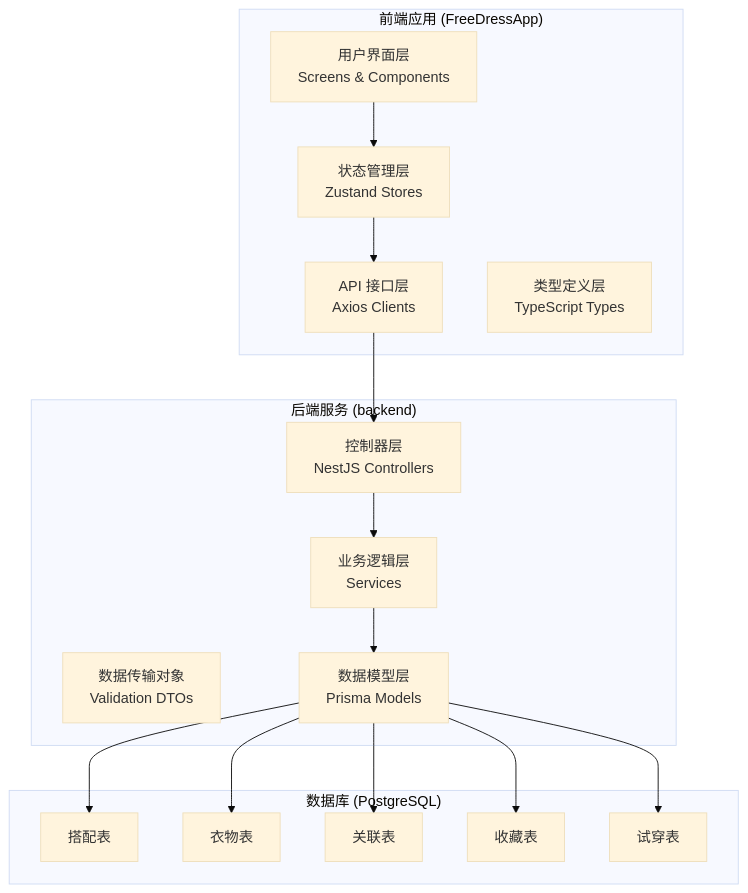
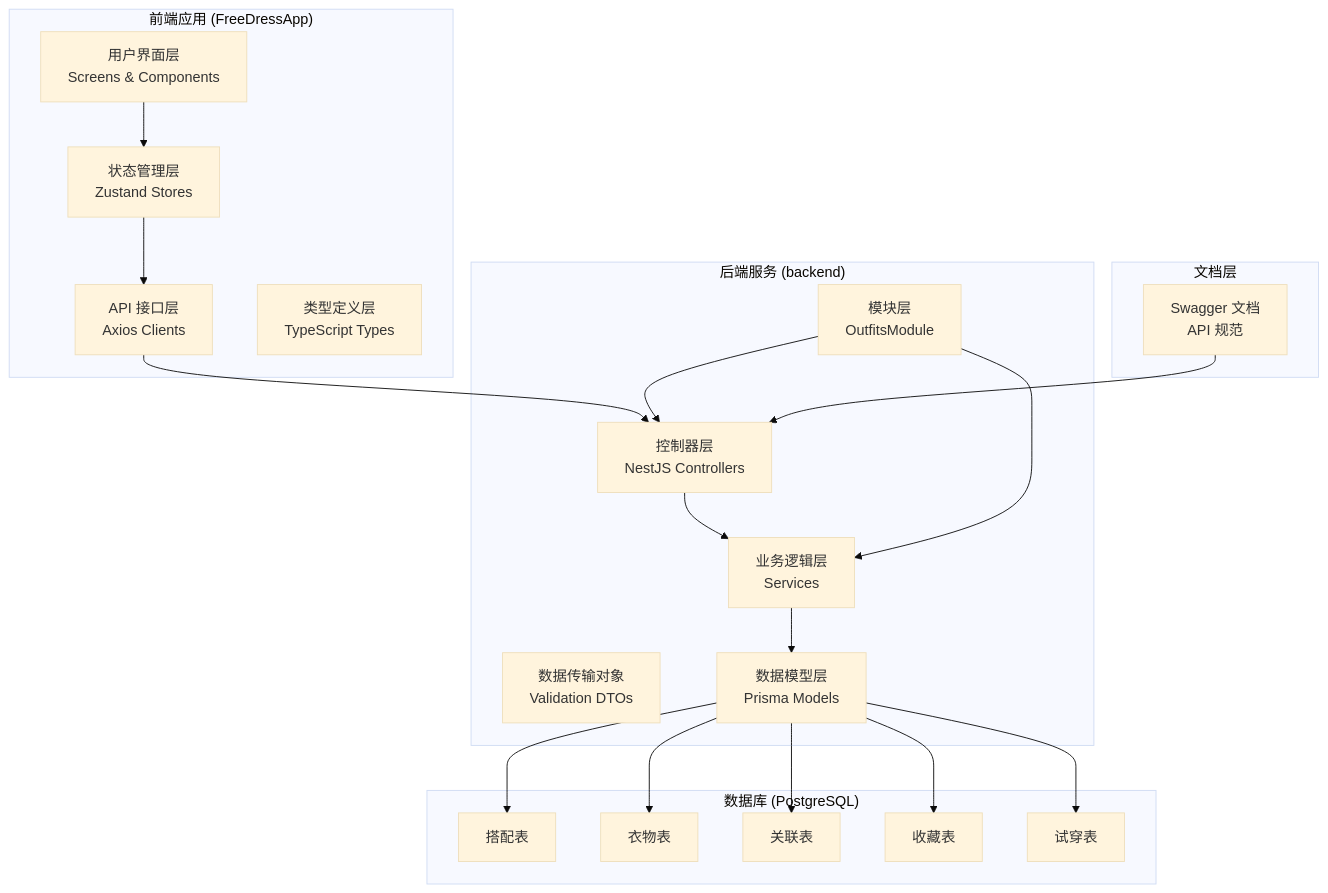
The first of 10 diagrams in .qoder/repowiki/zh/content/后端开发指南/核心模块详解/搭配模块.md (lsqwawa/free-dress), drawn with Mermaid (base theme) before and after one commit. The commit also changed other lines of this file and 74 other files, not shown here.

````diff
--- a/.qoder/repowiki/zh/content/后端开发指南/核心模块详解/搭配模块.md
+++ b/.qoder/repowiki/zh/content/后端开发指南/核心模块详解/搭配模块.md
@@ -42,32 +54,39 @@
 ```mermaid
 graph TB
 subgraph "前端应用 (FreeDressApp)"
 UI[用户界面层<br/>Screens & Components]
 Store[状态管理层<br/>Zustand Stores]
 API[API 接口层<br/>Axios Clients]
 Types[类型定义层<br/>TypeScript Types]
 end
 subgraph "后端服务 (backend)"
+Module[模块层<br/>OutfitsModule]
 Controller[控制器层<br/>NestJS Controllers]
 Service[业务逻辑层<br/>Services]
 DTO[数据传输对象<br/>Validation DTOs]
 Model[数据模型层<br/>Prisma Models]
 end
 subgraph "数据库 (PostgreSQL)"
 Outfit[搭配表]
 Cloth[衣物表]
 OutfitCloth[关联表]
 Favorite[收藏表]
 TryOn[试穿表]
 end
+subgraph "文档层"
+Swagger[Swagger 文档<br/>API 规范]
+end
 UI --> Store
 Store --> API
 API --> Controller
 Controller --> Service
 Service --> Model
 Model --> Outfit
 Model --> Cloth
 Model --> OutfitCloth
 Model --> Favorite
 Model --> TryOn
+Module --> Controller
+Module --> Service
+Swagger --> Controller
 ```
````
